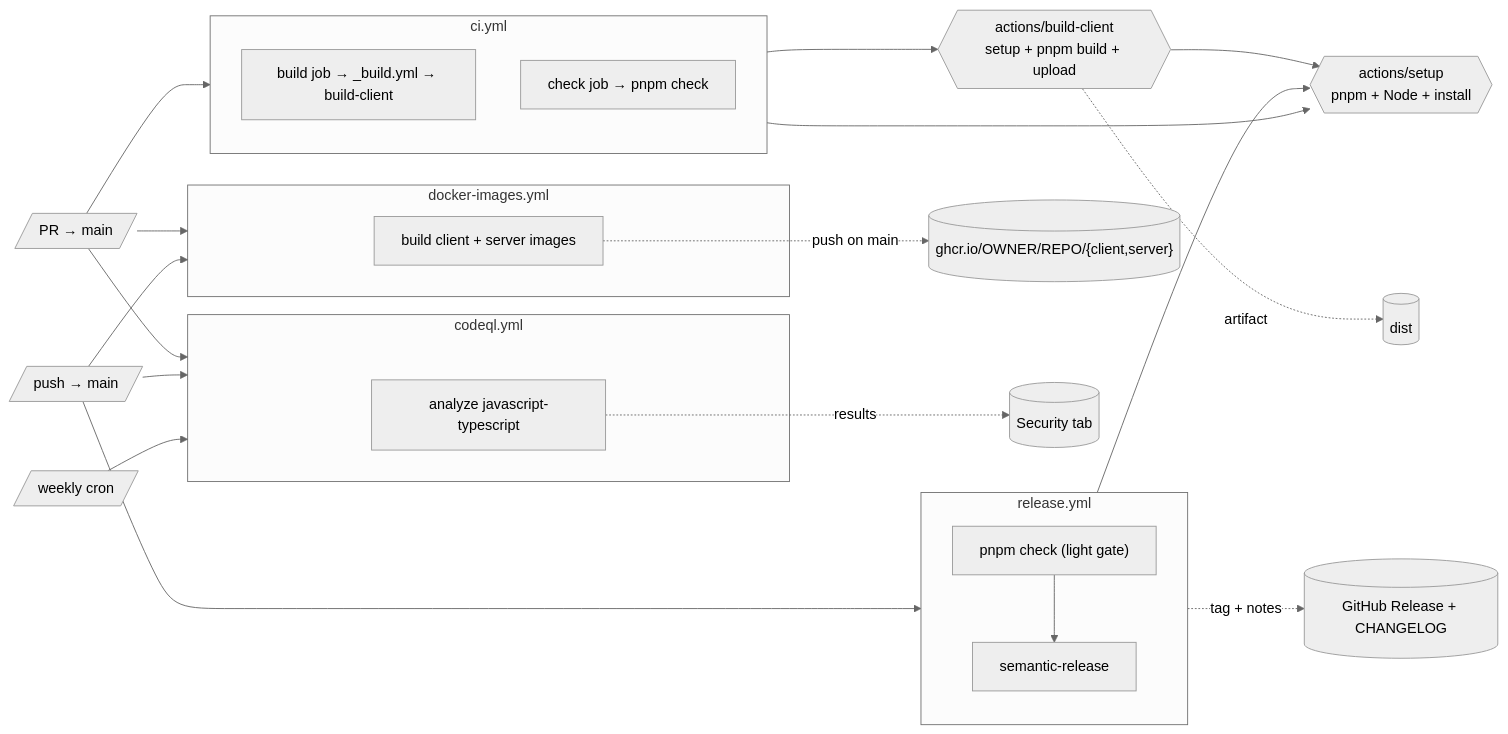
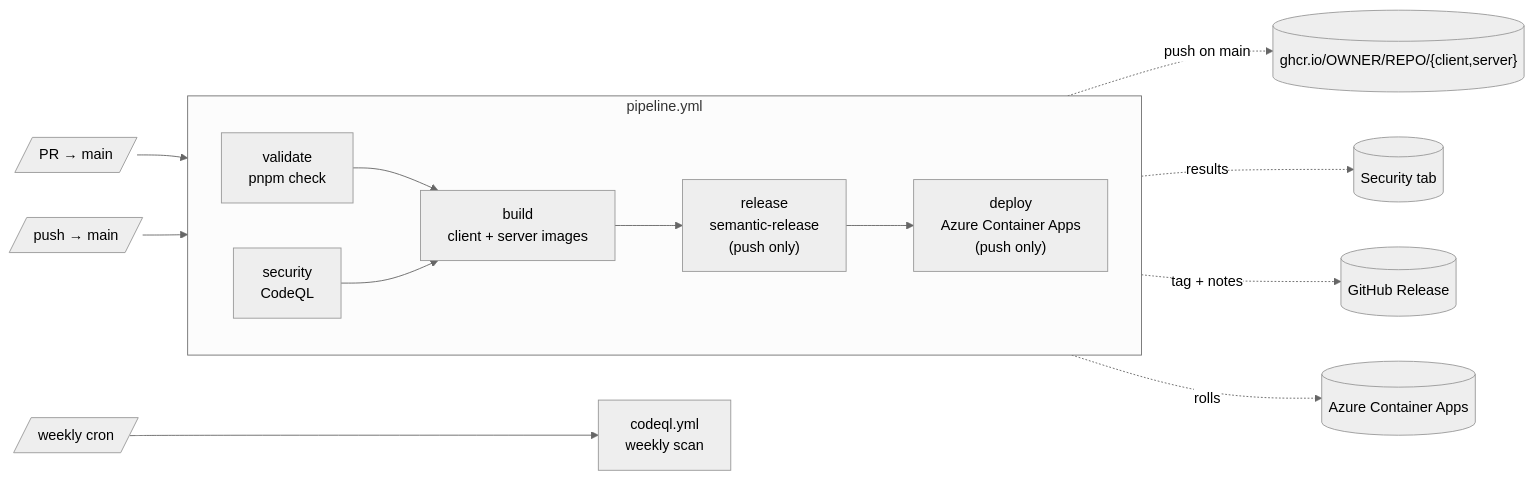
One commit to ydunets/e-commerce changed the diagram in docs/ci-cd.md. Above: the diagram before and after it, drawn with Mermaid (neutral theme). The commit also changed other lines of this file and 10 other files, not shown here.

````diff
--- a/docs/ci-cd.md
+++ b/docs/ci-cd.md
@@ -23,52 +22,27 @@
 ```mermaid
 flowchart LR
-  %% ---- Triggers ----
   PR[/"PR → main"/]
   PUSH[/"push → main"/]
   CRON[/"weekly cron"/]
 
-  %% ---- Trigger → workflow fan-out ----
-  PR --> CI
-  PR --> DOCKER
-  PR --> CODEQL
-  PUSH --> DOCKER
-  PUSH --> CODEQL
-  PUSH --> RELEASE
-  CRON --> CODEQL
-
-  %% ---- ci.yml ----
-  subgraph CI["ci.yml"]
-    direction TB
-    BUILD["build job → _build.yml → build-client"]
-    CHECK["check job → pnpm check"]
+  subgraph PIPE["pipeline.yml"]
+    direction LR
+    VALIDATE["validate<br/>pnpm check"]
+    SECURITY["security<br/>CodeQL"]
+    BUILD["build<br/>client + server images"]
+    RELEASE["release<br/>semantic-release<br/>(push only)"]
+    DEPLOY["deploy<br/>Azure Container Apps<br/>(push only)"]
+    VALIDATE --> BUILD
+    SECURITY --> BUILD
+    BUILD --> RELEASE --> DEPLOY
   end
 
-  %% ---- docker-images.yml ----
-  subgraph DOCKER["docker-images.yml"]
-    IMG["build client + server images"]
-  end
+  PR --> PIPE
+  PUSH --> PIPE
+  CRON --> WEEKLY["codeql.yml<br/>weekly scan"]
 
-  %% ---- codeql.yml ----
-  subgraph CODEQL["codeql.yml"]
-    ANALYZE["analyze javascript-typescript"]
-  end
-
-  %% ---- release.yml ----
-  subgraph RELEASE["release.yml"]
-    direction TB
-    RCHECK["pnpm check (light gate)"] --> RSR["semantic-release"]
-  end
-
-  %% ---- Shared composite actions ----
-  SETUP{{"actions/setup<br/>pnpm + Node + install"}}
-  BUILDC{{"actions/build-client<br/>setup + pnpm build + upload"}}
-  BUILD --> BUILDC --> SETUP
-  CHECK --> SETUP
-  RCHECK --> SETUP
-
-  %% ---- Outputs ----
-  BUILDC -. "artifact" .-> ARTIFACT[("dist")]
-  IMG -. "push on main" .-> GHCR[("ghcr.io/OWNER/REPO/{client,server}")]
-  ANALYZE -. results .-> SEC[("Security tab")]
-  RSR -. "tag + notes" .-> REL[("GitHub Release + CHANGELOG")]
+  BUILD -. "push on main" .-> GHCR[("ghcr.io/OWNER/REPO/{client,server}")]
+  SECURITY -. results .-> SEC[("Security tab")]
+  RELEASE -. "tag + notes" .-> REL[("GitHub Release")]
+  DEPLOY -. rolls .-> AZ[("Azure Container Apps")]
 ```
````
